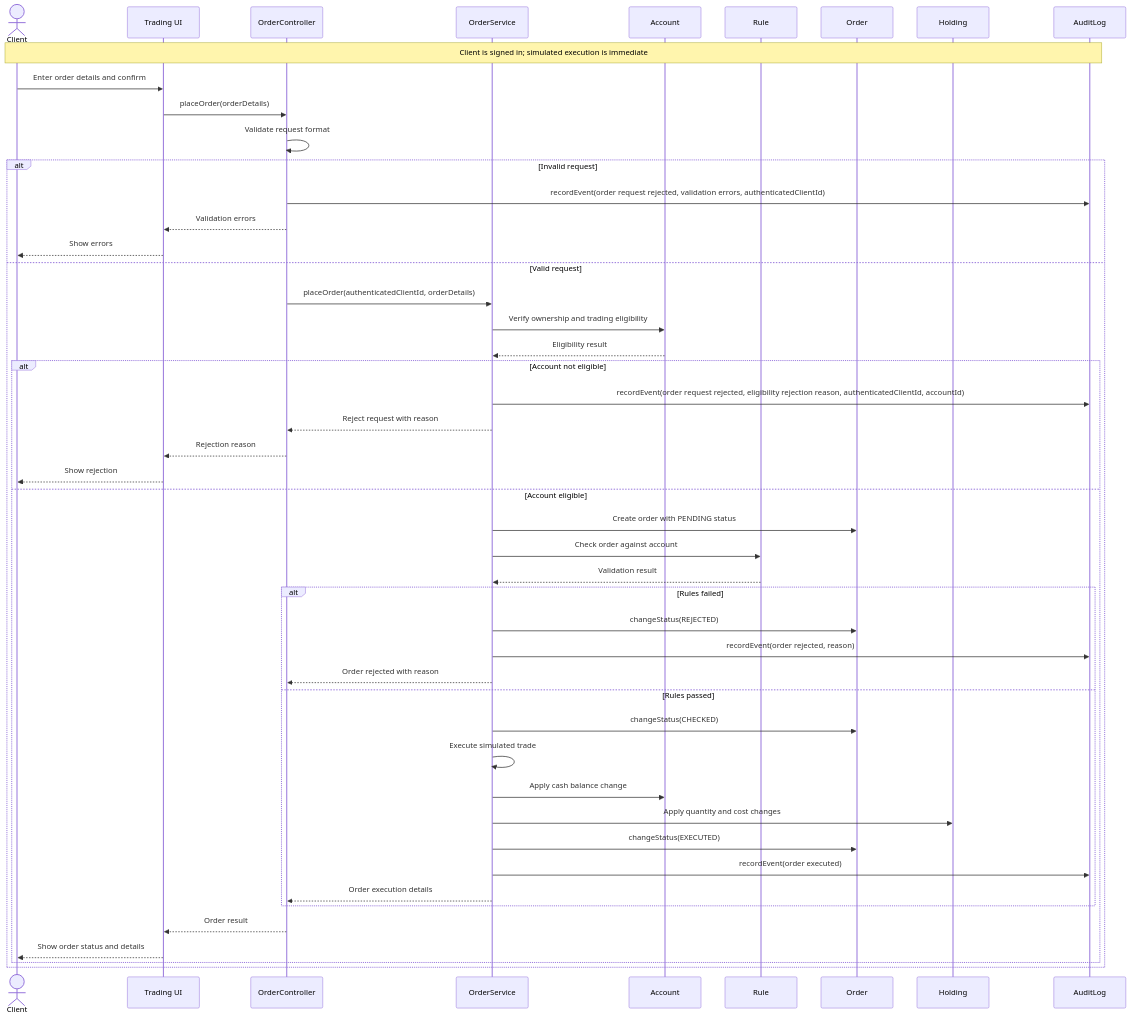
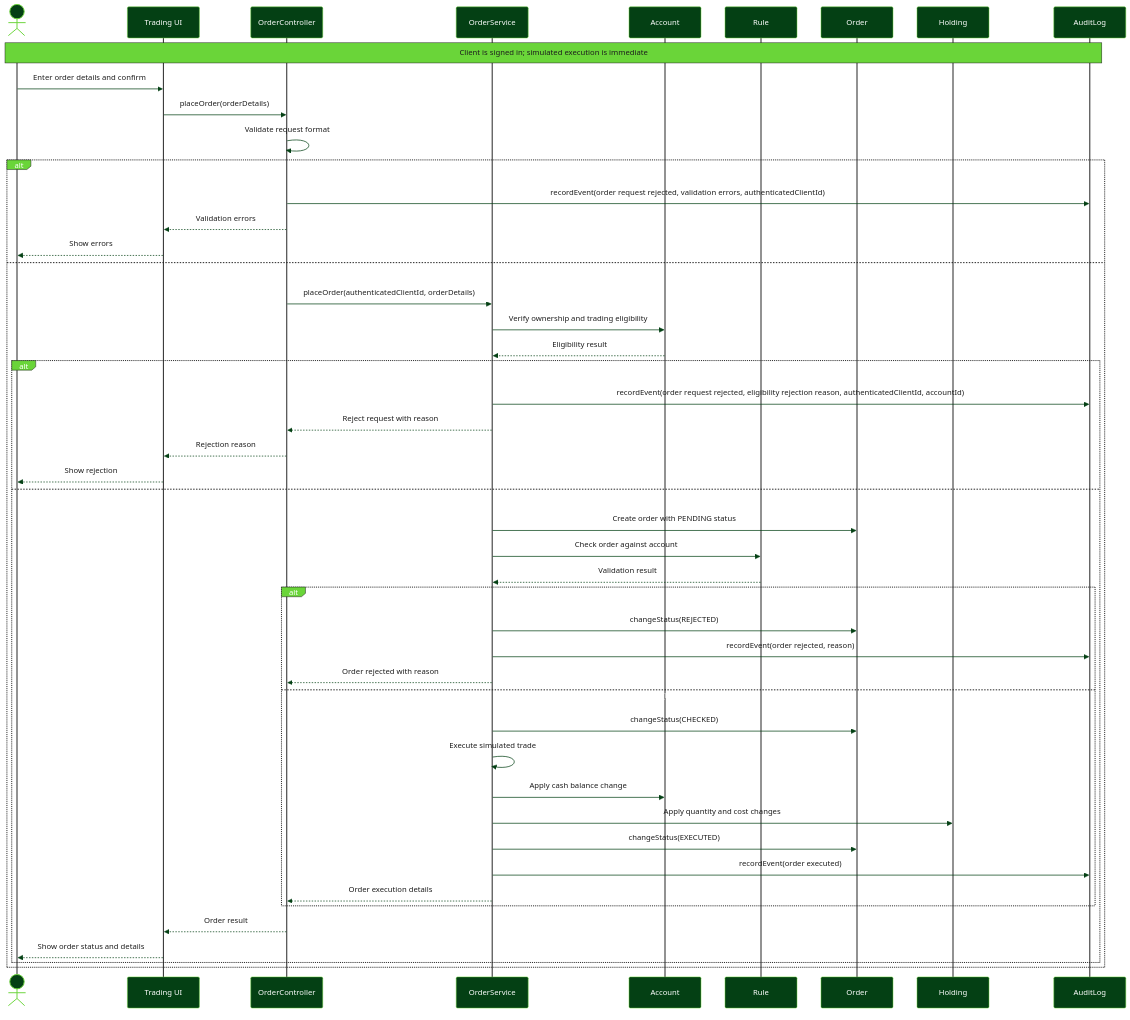
The diagram in UML/order-sequence-diagram.mmd (AidanJones14/asset-avengers-project), drawn with Mermaid before and after one commit. The commit also changed 1 other file, not shown here.

Commit message:
Fix styling for class and sequence diagrams

```diff
--- a/UML/order-sequence-diagram.mmd
+++ b/UML/order-sequence-diagram.mmd
@@ -1,54 +1,76 @@
+%%{init: {
+  'theme': 'base',
+  'themeVariables': {
+    'background': '#fff',
+    'edgeLabelBackground': '#6AD539',
+    'primaryColor': '#044014',
+    'textColor': '#ffffff',
+    'primaryBorderColor': '#1d1d1d',
+    'actorBkg': '#044014',
+    'actorBorder': '#6AD539',
+    'actorTextColor': '#ffffff',
+    'actorLineColor': '#1d1d1d',
+    'signalColor': '#044014',
+    'signalTextColor': '#1d1d1d',
+    'labelBoxBkgColor': '#6AD539',
+    'labelBoxBorderColor': '#1d1d1d',
+    'noteBkgColor': '#6AD539',
+    'noteBorderColor': '#1d1d1d',
+    'noteTextColor': '#1d1d1d'
+  },
+  'themeCSS': 'rect.actor, .actor rect, .labelBox, .note { stroke: #000000 !important; stroke-width: 2px !important; filter: none !important; opacity: 1 !important; } .actor-line, .messageLine0, .messageLine1 { stroke: #044014 !important; stroke-width: 2px !important; } .messageText { fill: #1d1d1d !important; }'
+}}%%
 sequenceDiagram
     actor Client
     participant UI as Trading UI
     participant Controller as OrderController
     participant Service as OrderService
     participant Account
     participant Rule
     participant Order
     participant Holding
     participant Audit as AuditLog
 
     Note over Client,Audit: Client is signed in#59; simulated execution is immediate
 
     Client->>UI: Enter order details and confirm
     UI->>Controller: placeOrder(orderDetails)
     Controller->>Controller: Validate request format
 
     alt Invalid request
         Controller->>Audit: recordEvent(order request rejected, validation errors, authenticatedClientId)
         Controller-->>UI: Validation errors
         UI-->>Client: Show errors
     else Valid request
         Controller->>Service: placeOrder(authenticatedClientId, orderDetails)
         Service->>Account: Verify ownership and trading eligibility
         Account-->>Service: Eligibility result
 
         alt Account not eligible
             Service->>Audit: recordEvent(order request rejected, eligibility rejection reason, authenticatedClientId, accountId)
             Service-->>Controller: Reject request with reason
             Controller-->>UI: Rejection reason
             UI-->>Client: Show rejection
         else Account eligible
             Service->>Order: Create order with PENDING status
             Service->>Rule: Check order against account
             Rule-->>Service: Validation result
 
             alt Rules failed
                 Service->>Order: changeStatus(REJECTED)
                 Service->>Audit: recordEvent(order rejected, reason)
                 Service-->>Controller: Order rejected with reason
             else Rules passed
                 Service->>Order: changeStatus(CHECKED)
                 Service->>Service: Execute simulated trade
                 Service->>Account: Apply cash balance change
                 Service->>Holding: Apply quantity and cost changes
                 Service->>Order: changeStatus(EXECUTED)
                 Service->>Audit: recordEvent(order executed)
                 Service-->>Controller: Order execution details
             end
 
             Controller-->>UI: Order result
             UI-->>Client: Show order status and details
         end
     end
```
